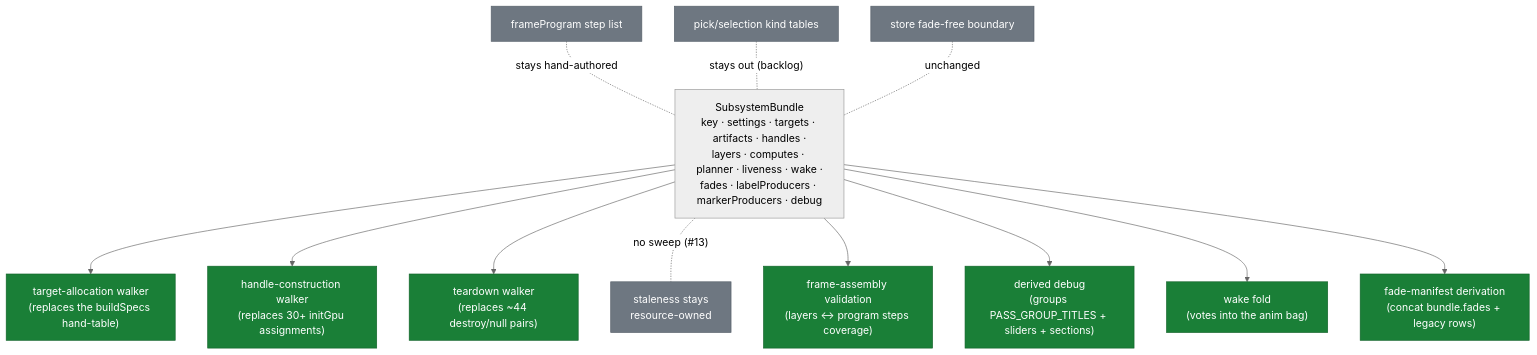
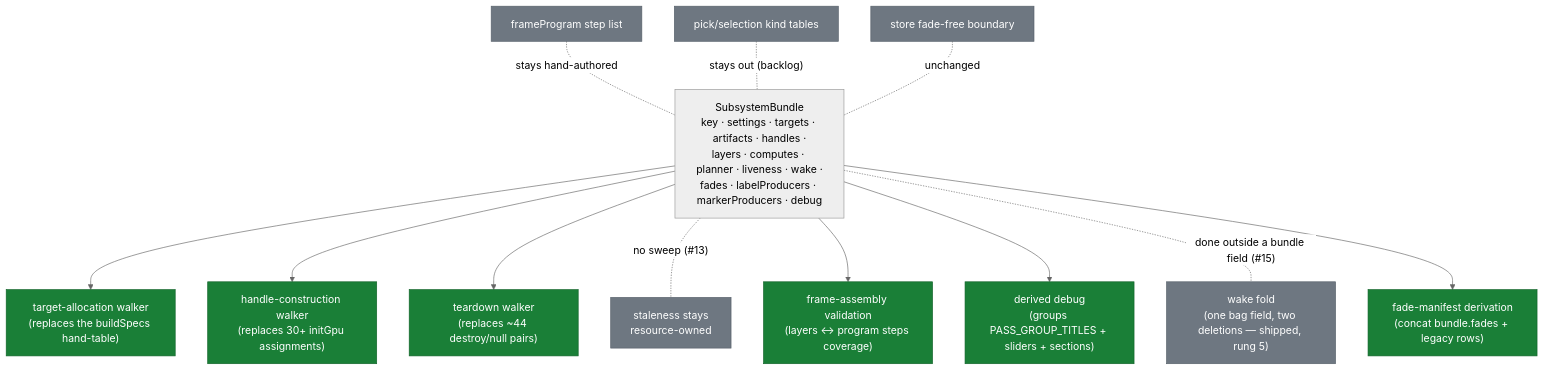
Before and after one commit to rulkens/skymap: the fifth of 5 diagrams in docs/research/engine/current-contracts-map.md, drawn with Mermaid (neutral theme). The commit also changed other lines of this file and 3 other files, not shown here.

First line of the commit message:
docs(engine): sweep the maps for post-fold wake citations

````diff
--- a/docs/research/engine/current-contracts-map.md
+++ b/docs/research/engine/current-contracts-map.md
@@ -224,19 +224,19 @@
 ```mermaid
 flowchart TD
     B["SubsystemBundle<br/>key · settings · targets · artifacts · handles ·<br/>layers · computes · planner · liveness · wake ·<br/>fades · labelProducers · markerProducers · debug"]
     B --> W1["target-allocation walker<br/>(replaces the buildSpecs hand-table)"]
     B --> W2["handle-construction walker<br/>(replaces 30+ initGpu assignments)"]
     B --> W3["teardown walker<br/>(replaces ~44 destroy/null pairs)"]
     B -. no sweep (#13) .- W4["staleness stays<br/>resource-owned"]
     B --> W5["frame-assembly validation<br/>(layers ↔ program steps coverage)"]
     B --> W6["derived debug<br/>(groups PASS_GROUP_TITLES + sliders + sections)"]
-    B --> W7["wake fold<br/>(votes into the anim bag)"]
+    B -. done outside a bundle field (#15) .- W7["wake fold<br/>(one bag field, two deletions — shipped, rung 5)"]
     B --> W8["fade-manifest derivation<br/>(concat bundle.fades + legacy rows)"]
     FPX["frameProgram step list"] -. stays hand-authored .- B
     PICKX["pick/selection kind tables"] -. stays out (backlog) .- B
     STOREX["store fade-free boundary"] -. unchanged .- B
     classDef good fill:#1a7f37,stroke:#116329,color:#ffffff
     classDef out fill:#6e7781,stroke:#57606a,color:#ffffff
-    class W1,W2,W3,W5,W6,W7,W8 good
-    class W4,FPX,PICKX,STOREX out
+    class W1,W2,W3,W5,W6,W8 good
+    class W4,W7,FPX,PICKX,STOREX out
 ```
````
